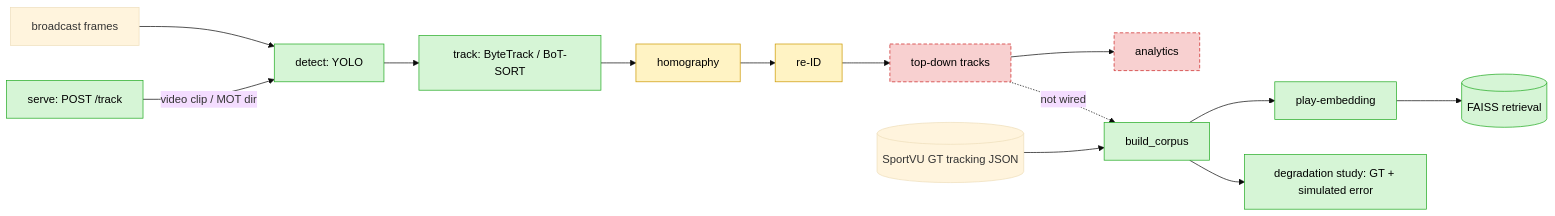
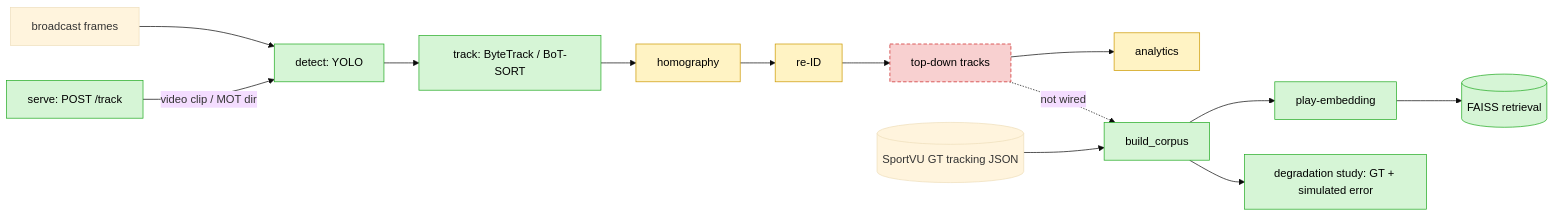
Before and after one commit to skandula9273/nba-broadcast-tracking: the diagram in README.md, drawn with Mermaid (base theme). The commit also changed other lines of this file and 7 other files, not shown here.

````diff
--- a/README.md
+++ b/README.md
@@ -84,17 +91,17 @@
 ```mermaid
 flowchart LR
     V[broadcast frames] --> DET[detect: YOLO] --> TRK[track: ByteTrack / BoT-SORT]
     TRK --> HOM[homography] --> RID[re-ID] --> DOTS[top-down tracks]
     DOTS --> ANA[analytics]
     SV[(SportVU GT tracking JSON)] --> CORP[build_corpus] --> ENC[play-embedding] --> IDX[(FAISS retrieval)]
     CORP --> STUDY[degradation study: GT + simulated error]
     DOTS -. not wired .-> CORP
     SRV[serve: POST /track] -->|video clip / MOT dir| DET
 
     class DET,TRK,CORP,ENC,IDX,STUDY,SRV run
-    class HOM,RID partial
-    class ANA,DOTS stub
+    class HOM,RID,ANA partial
+    class DOTS stub
     classDef run fill:#d6f5d6,stroke:#2a2,color:#000
     classDef partial fill:#fff3c4,stroke:#c90,color:#000
     classDef stub fill:#f8d0d0,stroke:#c22,color:#000,stroke-dasharray:5 3
 ```
````
